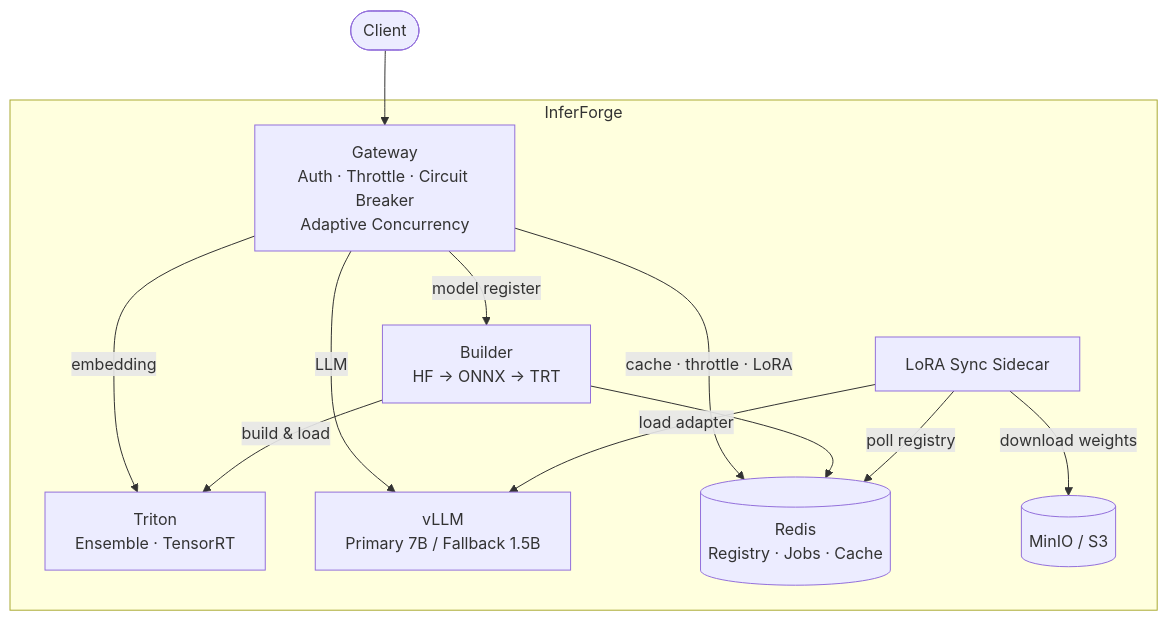
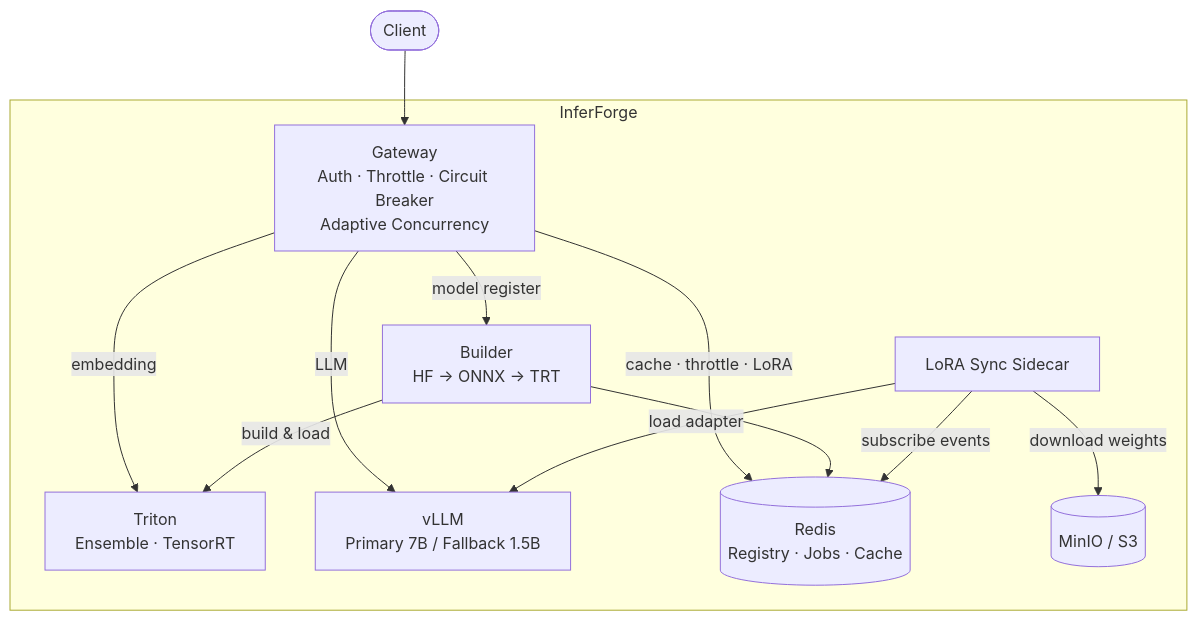
Before and after one commit to thjung123/inferforge: the diagram in README.md, drawn with Mermaid. The commit also changed other lines of this file and 75 other files, not shown here.

````diff
--- a/README.md
+++ b/README.md
@@ -29,20 +13,20 @@
 ```mermaid
 graph TB
     Client([Client]) --> Gateway
 
     subgraph InferForge
         Gateway[Gateway<br/>Auth · Throttle · Circuit Breaker<br/>Adaptive Concurrency]
 
         Gateway -->|embedding| Triton[Triton<br/>Ensemble · TensorRT]
         Gateway -->|LLM| vLLM[vLLM<br/>Primary 7B / Fallback 1.5B]
         Gateway -->|model register| Builder
         Gateway -->|cache · throttle · LoRA| Redis
 
         Builder[Builder<br/>HF → ONNX → TRT] -->|build & load| Triton
         Builder --> Redis[(Redis<br/>Registry · Jobs · Cache)]
 
-        LoRASync[LoRA Sync Sidecar] -->|poll registry| Redis
+        LoRASync[LoRA Sync Sidecar] -->|subscribe events| Redis
         LoRASync -->|download weights| MinIO[(MinIO / S3)]
         LoRASync -->|load adapter| vLLM
     end
 ```
````
